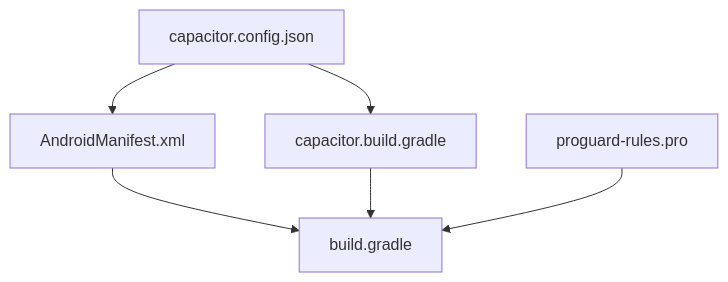
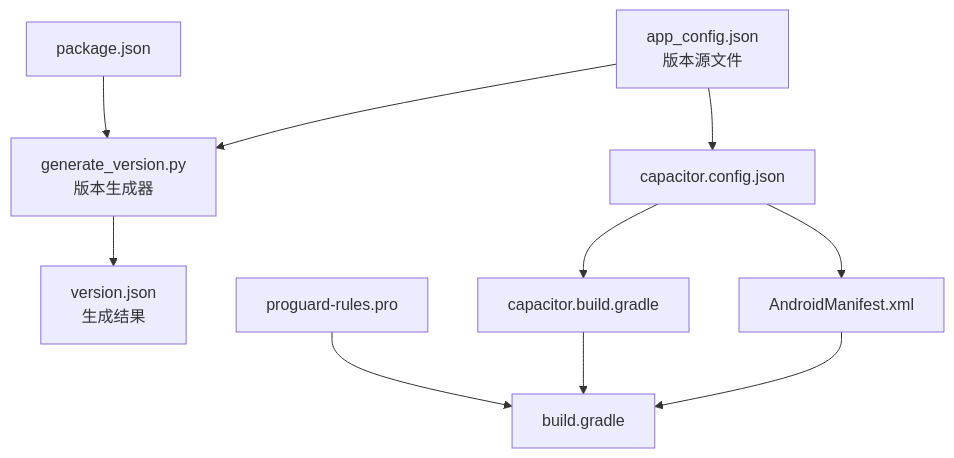
One commit to zhao-zg/cx changed the fourth of 4 diagrams in .qoder/repowiki/zh/content/移动应用开发/Android应用配置.md. Above: the diagram before and after it, drawn with Mermaid. The commit also changed other lines of this file and 30 other files, not shown here.

````diff
--- a/.qoder/repowiki/zh/content/移动应用开发/Android应用配置.md
+++ b/.qoder/repowiki/zh/content/移动应用开发/Android应用配置.md
@@ -244,13 +322,21 @@
 ```mermaid
 graph TB
+ACFG["app_config.json<br/>版本源文件"]
+GV["generate_version.py<br/>版本生成器"]
+VJ["version.json<br/>生成结果"]
 CFG["capacitor.config.json"]
 AMF["AndroidManifest.xml"]
 CBG["capacitor.build.gradle"]
 BG["build.gradle"]
 PR["proguard-rules.pro"]
+PKG["package.json"]
+ACFG --> GV
+GV --> VJ
+ACFG --> CFG
 CFG --> AMF
 CFG --> CBG
 AMF --> BG
 CBG --> BG
 PR --> BG
+PKG --> GV
 ```
````
